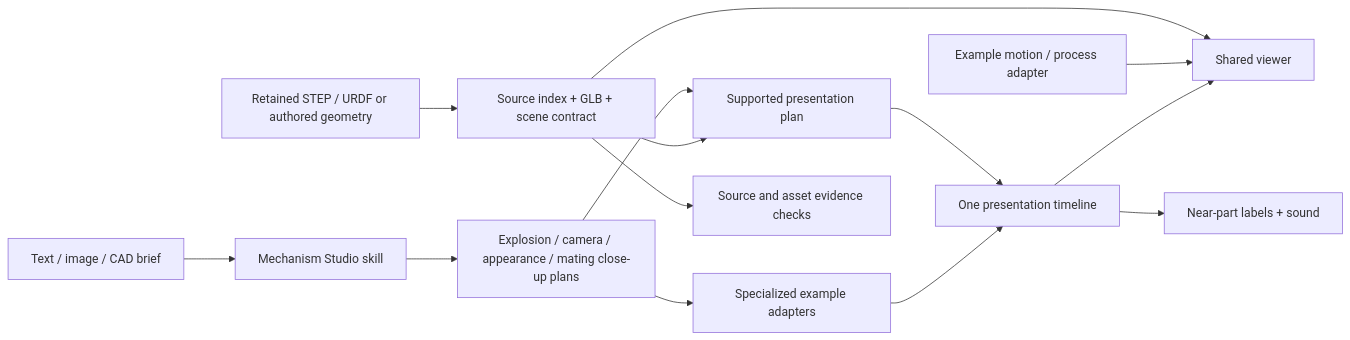
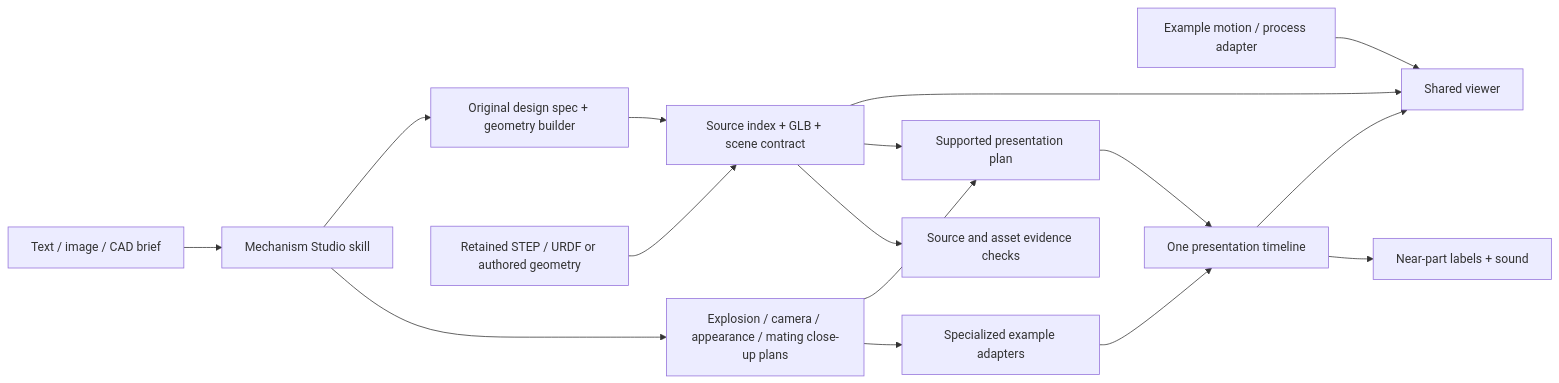
Before and after one commit to tutao0123/mechanism-studio: the diagram in docs/architecture.md, drawn with Mermaid. The commit also changed other lines of this file and 88 other files, not shown here.

````diff
--- a/docs/architecture.md
+++ b/docs/architecture.md
@@ -9,16 +14,18 @@
 ```mermaid
 flowchart LR
   I[Text / image / CAD brief] --> S[Mechanism Studio skill]
+  S --> G[Original design spec + geometry builder]
+  G --> A[Source index + GLB + scene contract]
   S --> E[Explosion / camera / appearance / mating close-up plans]
   C[Retained STEP / URDF or authored geometry] --> A[Source index + GLB + scene contract]
   A --> V[Shared viewer]
   M[Example motion / process adapter] --> V
   E --> P[Supported presentation plan]
   E --> D[Specialized example adapters]
   A --> P
   P --> T[One presentation timeline]
   D --> T
   T --> V
   T --> L[Near-part labels + sound]
   A --> Q[Source and asset evidence checks]
 ```
````
